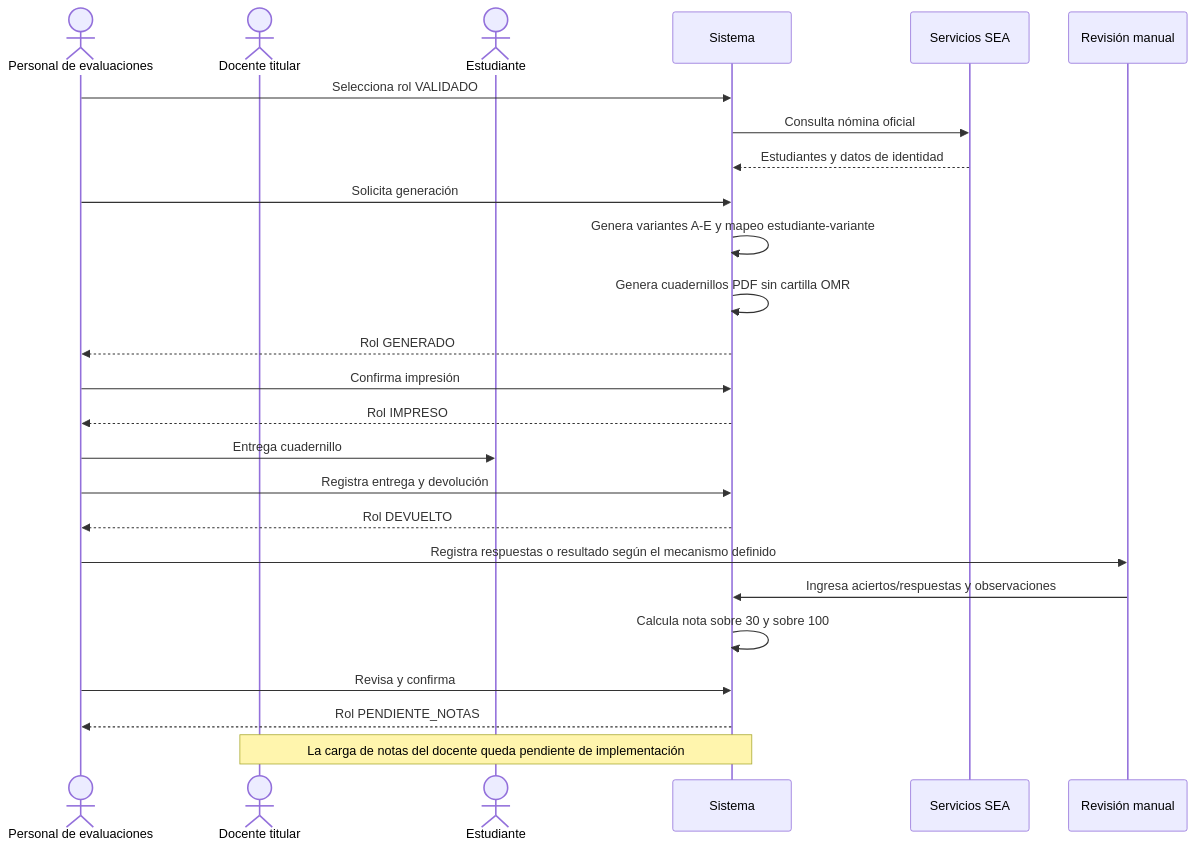
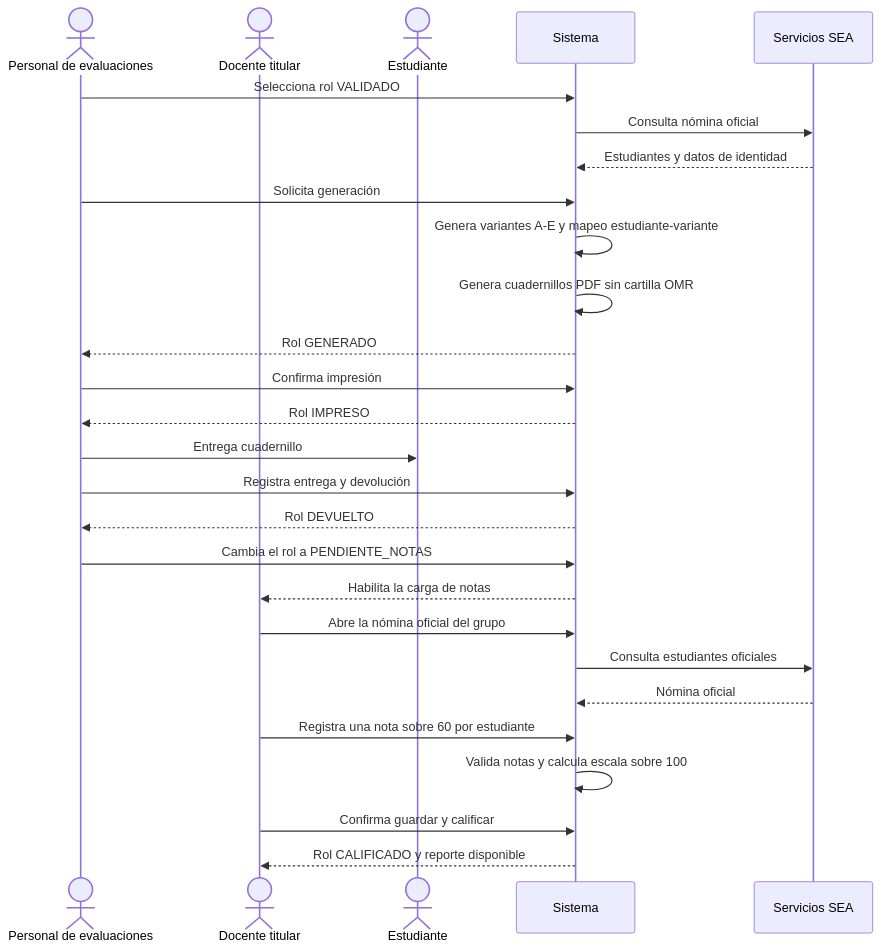
One commit to 4R13L-D3NY5/evaluaciones changed the third of 4 diagrams in docs/flujo-secuencia-uso-examenes.md. Above: the diagram before and after it, drawn with Mermaid. The commit also changed other lines of this file and 28 other files, not shown here.

````diff
--- a/docs/flujo-secuencia-uso-examenes.md
+++ b/docs/flujo-secuencia-uso-examenes.md
@@ -153,28 +159,30 @@
 ```mermaid
 sequenceDiagram
     actor Personal as Personal de evaluaciones
     actor Docente as Docente titular
     actor Estudiante as Estudiante
     participant Sistema as Sistema
     participant SEA as Servicios SEA
-    participant Revision as Revisión manual
 
     Personal->>Sistema: Selecciona rol VALIDADO
     Sistema->>SEA: Consulta nómina oficial
     SEA-->>Sistema: Estudiantes y datos de identidad
     Personal->>Sistema: Solicita generación
     Sistema->>Sistema: Genera variantes A-E y mapeo estudiante-variante
     Sistema->>Sistema: Genera cuadernillos PDF sin cartilla OMR
     Sistema-->>Personal: Rol GENERADO
     Personal->>Sistema: Confirma impresión
     Sistema-->>Personal: Rol IMPRESO
     Personal->>Estudiante: Entrega cuadernillo
     Personal->>Sistema: Registra entrega y devolución
     Sistema-->>Personal: Rol DEVUELTO
-    Personal->>Revision: Registra respuestas o resultado según el mecanismo definido
-    Revision->>Sistema: Ingresa aciertos/respuestas y observaciones
-    Sistema->>Sistema: Calcula nota sobre 30 y sobre 100
-    Personal->>Sistema: Revisa y confirma
-    Sistema-->>Personal: Rol PENDIENTE_NOTAS
-    Note over Docente,Sistema: La carga de notas del docente queda pendiente de implementación
+    Personal->>Sistema: Cambia el rol a PENDIENTE_NOTAS
+    Sistema-->>Docente: Habilita la carga de notas
+    Docente->>Sistema: Abre la nómina oficial del grupo
+    Sistema->>SEA: Consulta estudiantes oficiales
+    SEA-->>Sistema: Nómina oficial
+    Docente->>Sistema: Registra una nota sobre 60 por estudiante
+    Sistema->>Sistema: Valida notas y calcula escala sobre 100
+    Docente->>Sistema: Confirma guardar y calificar
+    Sistema-->>Docente: Rol CALIFICADO y reporte disponible
 ```
````
